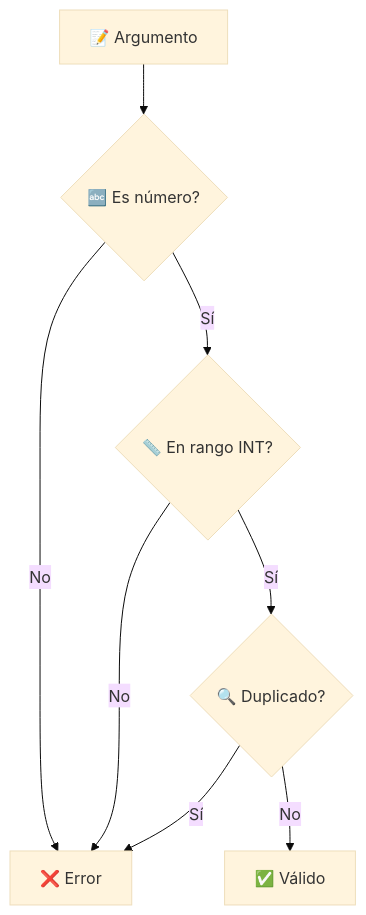
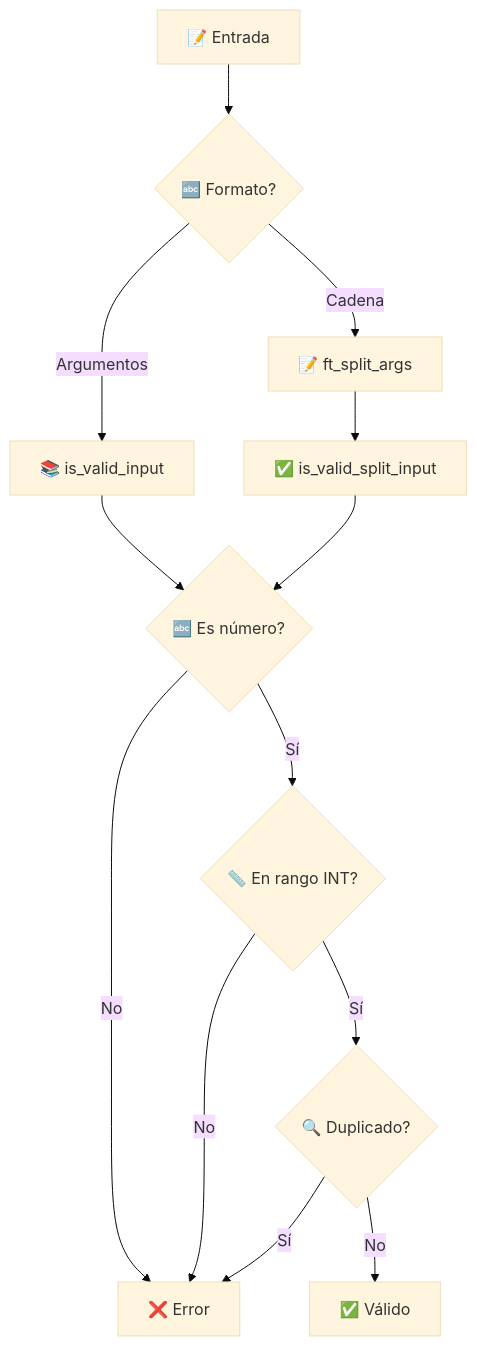
Before and after one commit to otakugodie/42-summer2024Lisboa: the third of 9 diagrams in 42cursus/push_swap/exercises/project/project_documentation.md, drawn with Mermaid (base theme). The commit also changed other lines of this file and 6 other files, not shown here.

Commit message:
Add split funcionality push_swap in args

````diff
--- a/42cursus/push_swap/exercises/project/project_documentation.md
+++ b/42cursus/push_swap/exercises/project/project_documentation.md
@@ -215,10 +276,17 @@
 ```mermaid
 graph TD
-    A[📝 Argumento] --> B{🔤 Es número?}
-    B -->|No| E[❌ Error]
-    B -->|Sí| C{📏 En rango INT?}
-    C -->|No| E
-    C -->|Sí| D{🔍 Duplicado?}
-    D -->|Sí| E
-    D -->|No| F[✅ Válido]
+    A[📝 Entrada] --> B{🔤 Formato?}
+    B -->|Argumentos| C[📚 is_valid_input]
+    B -->|Cadena| D[📝 ft_split_args]
+    
+    C --> E{🔤 Es número?}
+    D --> F[✅ is_valid_split_input]
+    F --> E
+    
+    E -->|No| I[❌ Error]
+    E -->|Sí| G{📏 En rango INT?}
+    G -->|No| I
+    G -->|Sí| H{🔍 Duplicado?}
+    H -->|Sí| I
+    H -->|No| J[✅ Válido]
 ```
````
